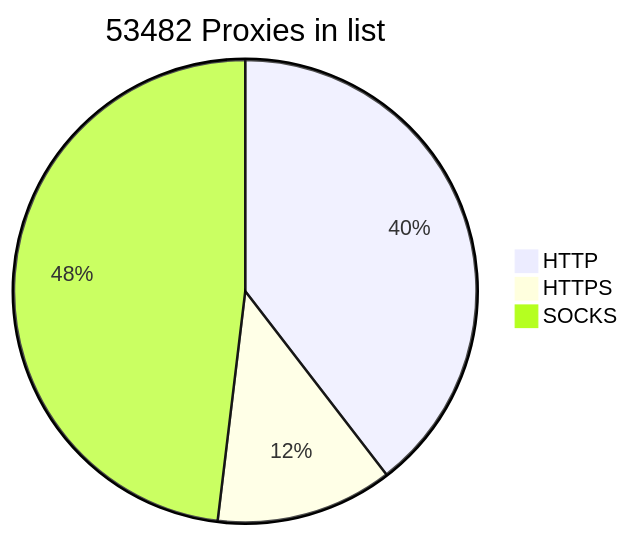
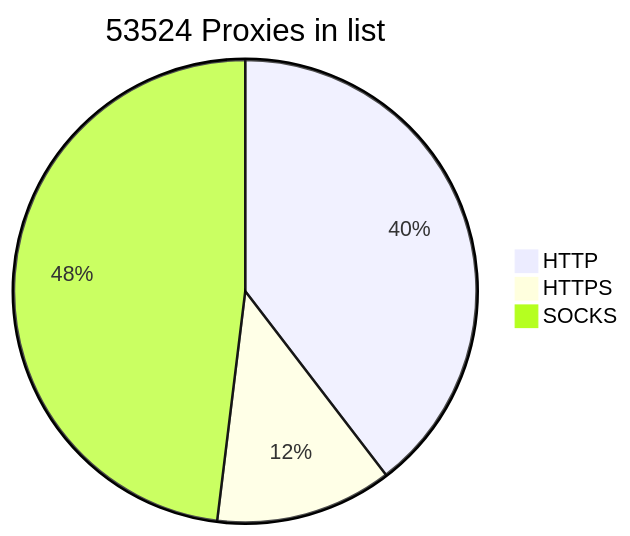
One commit to BlackSnowDot/proxylist-update-every-minute changed the diagram in README.md. Above: the diagram before and after it, drawn with Mermaid. The commit also changed other lines of this file, not shown here.

````diff
--- a/README.md
+++ b/README.md
@@ -2,6 +2,6 @@
 ```mermaid
-pie title 53482 Proxies in list
-    "HTTP" : 23632
+pie title 53524 Proxies in list
+    "HTTP" : 23674
     "HTTPS": 7383
     "SOCKS" : 28736
 ```
````
